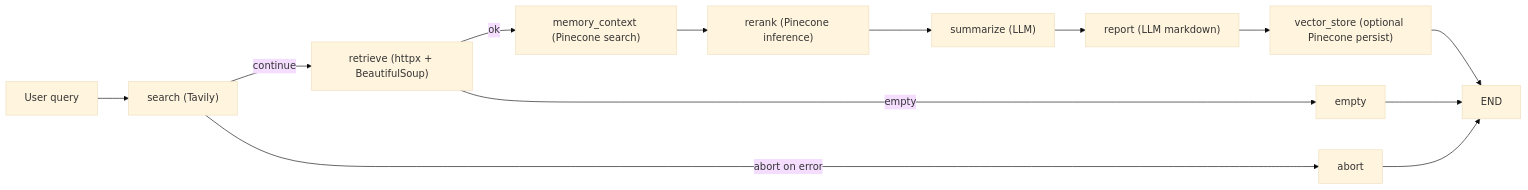
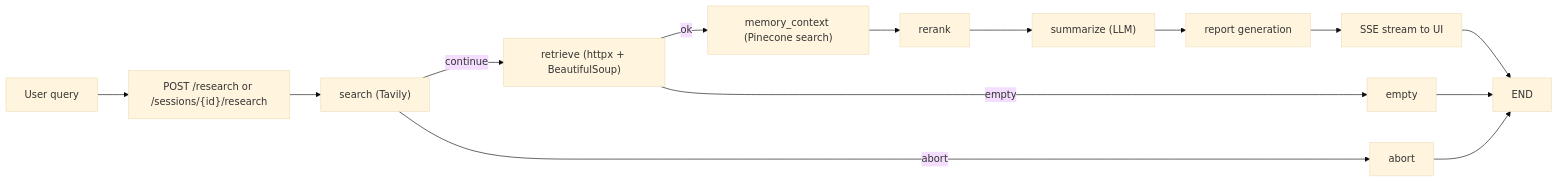
Before and after one commit to KostasCherv/research_agent: the first of 2 diagrams in README.md, drawn with Mermaid (base theme). The commit also changed other lines of this file and 1 other file, not shown here.

````diff
--- a/README.md
+++ b/README.md
@@ -8,15 +36,16 @@
 ```mermaid
 flowchart LR
-    userQuery["User query"] --> search["search (Tavily)"]
+    userQuery["User query"] --> apiResearch["POST /research or /sessions/{id}/research"]
+    apiResearch --> search["search (Tavily)"]
     search -->|"continue"| retrieve["retrieve (httpx + BeautifulSoup)"]
-    search -->|"abort on error"| abortNode["abort"]
+    search -->|"abort"| abortNode["abort"]
     retrieve -->|"ok"| memoryContext["memory_context (Pinecone search)"]
     retrieve -->|"empty"| emptyNode["empty"]
-    memoryContext --> rerank["rerank (Pinecone inference)"]
+    memoryContext --> rerank["rerank"]
     rerank --> summarize["summarize (LLM)"]
-    summarize --> report["report (LLM markdown)"]
-    report --> vectorStore["vector_store (optional Pinecone persist)"]
-    vectorStore --> endNode["END"]
+    summarize --> report["report generation"]
+    report --> stream["SSE stream to UI"]
+    stream --> endNode["END"]
     abortNode --> endNode
     emptyNode --> endNode
 ```
````
